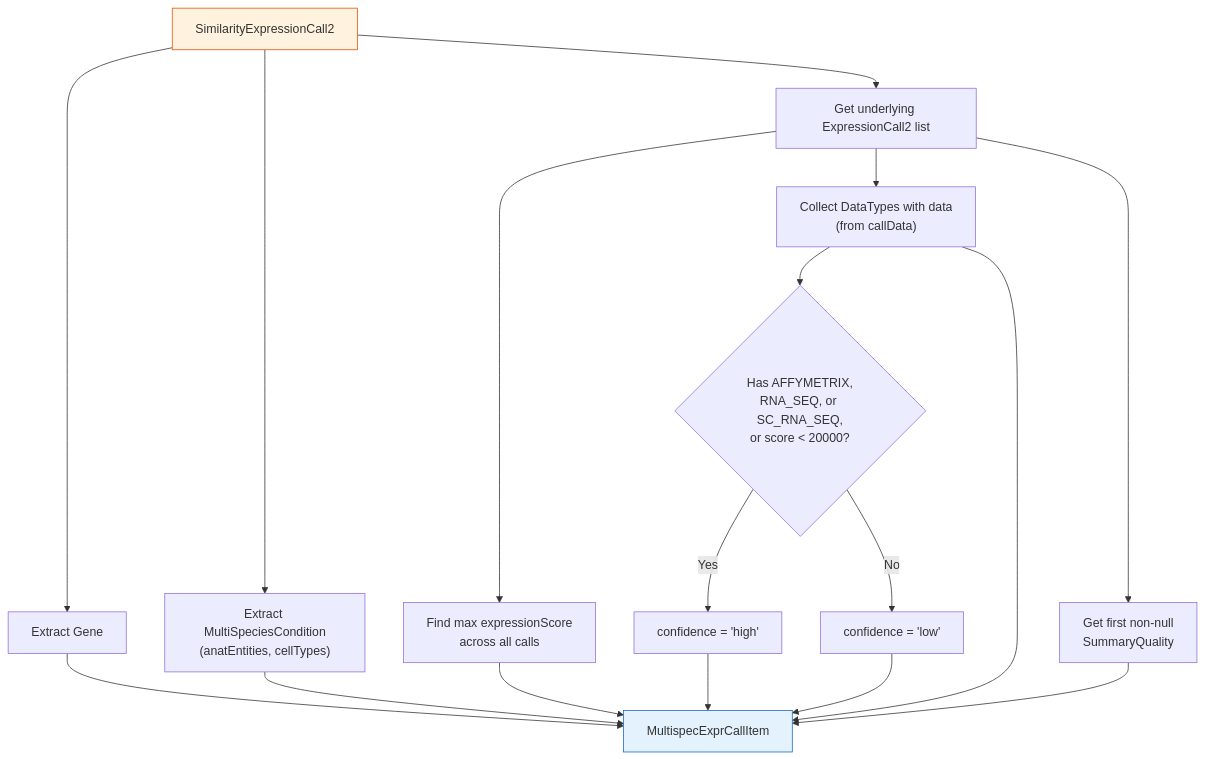
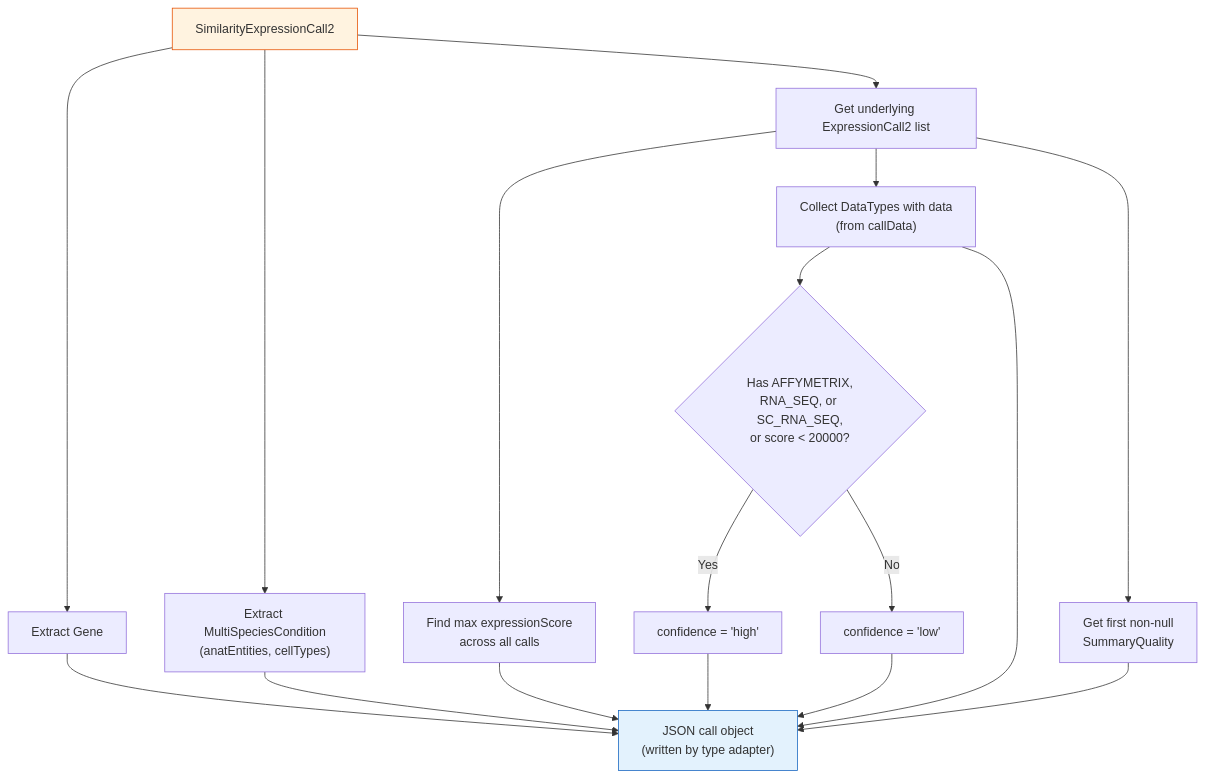
The fourth of 4 diagrams in bgee-webapp/docs/multispec_expr_calls_endpoint.qmd (BgeeDB/bgee_apps), drawn with Mermaid before and after one commit. The commit also changed other lines of this file and 3 other files, not shown here.

````diff
--- a/bgee-webapp/docs/multispec_expr_calls_endpoint.qmd
+++ b/bgee-webapp/docs/multispec_expr_calls_endpoint.qmd
@@ -309,26 +319,26 @@
 ```{mermaid}
 %%| fig-width: 8
 flowchart TD
     SC["SimilarityExpressionCall2"] --> GENE["Extract Gene"]
     SC --> MSC["Extract MultiSpeciesCondition<br/>(anatEntities, cellTypes)"]
     SC --> CALLS["Get underlying ExpressionCall2 list"]
 
     CALLS --> SCORE["Find max expressionScore<br/>across all calls"]
     CALLS --> DT["Collect DataTypes with data<br/>(from callData)"]
     CALLS --> QUAL["Get first non-null<br/>SummaryQuality"]
 
     DT --> CONF{"Has AFFYMETRIX,<br/>RNA_SEQ, or SC_RNA_SEQ,<br/>or score < 20000?"}
     CONF -->|Yes| HIGH["confidence = 'high'"]
     CONF -->|No| LOW["confidence = 'low'"]
 
     GENE --> ITEM
     MSC --> ITEM
     SCORE --> ITEM
     HIGH --> ITEM
     LOW --> ITEM
     DT --> ITEM
-    QUAL --> ITEM["MultispecExprCallItem"]
+    QUAL --> ITEM["JSON call object<br/>(written by type adapter)"]
 
     style SC fill:#fff3e0,stroke:#e65100
     style ITEM fill:#e3f2fd,stroke:#1565c0
 ```
````
